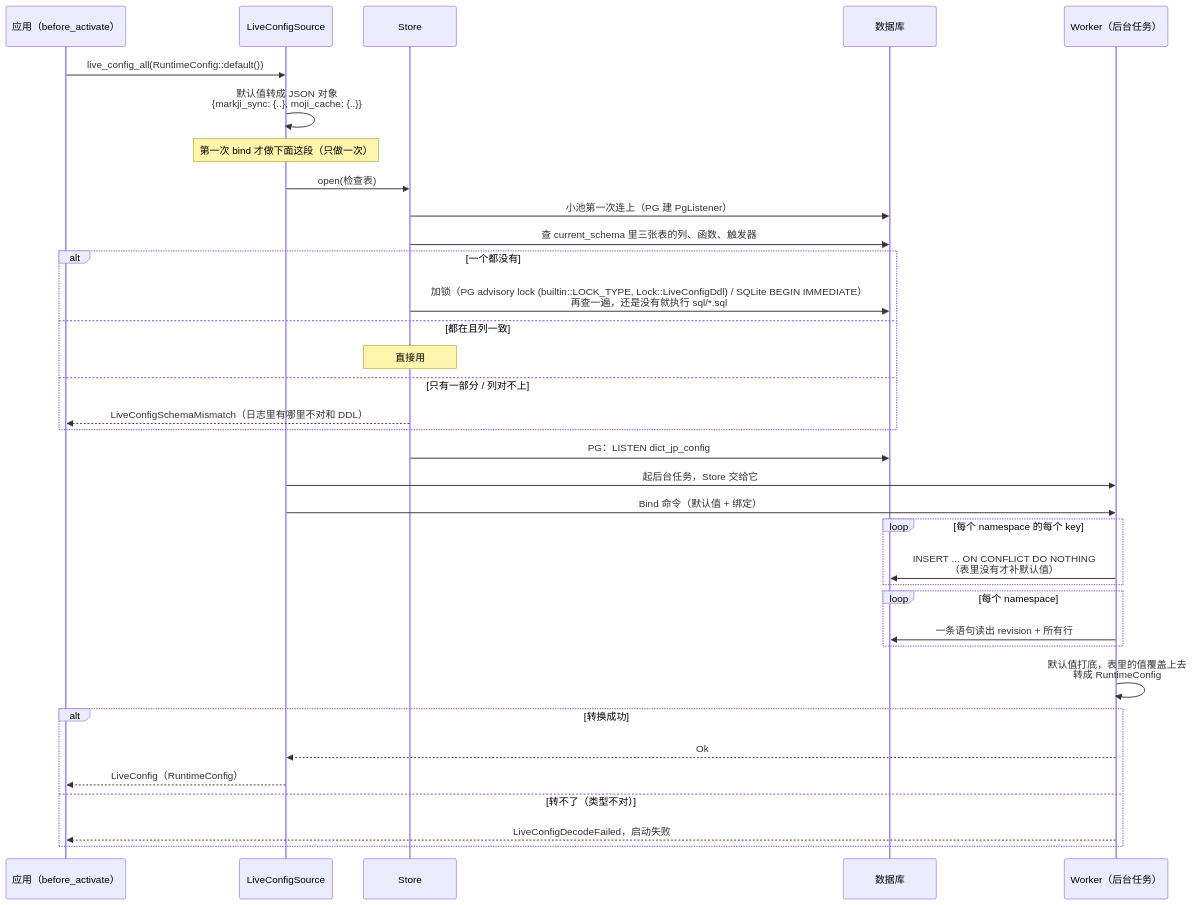
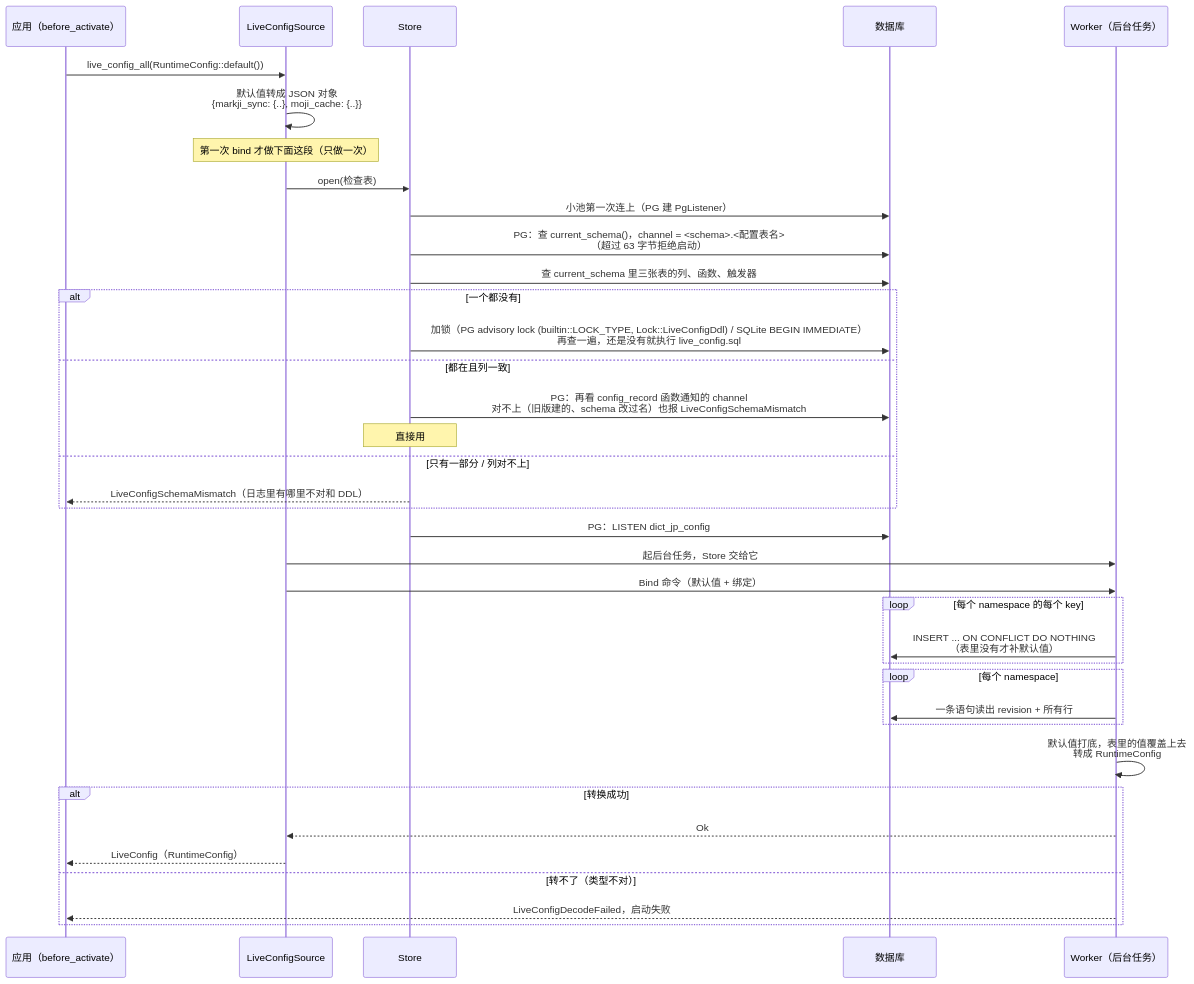
The third of 7 diagrams in docs/design/live-config.md (tpxxwz/hygiea), drawn with Mermaid before and after one commit. The commit also changed other lines of this file and 86 other files, not shown here.

````diff
--- a/docs/design/live-config.md
+++ b/docs/design/live-config.md
@@ -157,38 +172,40 @@
 ```mermaid
 sequenceDiagram
     participant App as 应用（before_activate）
     participant Src as LiveConfigSource
     participant St as Store
     participant DB as 数据库
     participant W as Worker（后台任务）
 
     App->>Src: live_config_all(RuntimeConfig::default())
     Src->>Src: 默认值转成 JSON 对象<br/>{markji_sync: {..}, moji_cache: {..}}
     Note over Src: 第一次 bind 才做下面这段（只做一次）
     Src->>St: open(检查表)
     St->>DB: 小池第一次连上（PG 建 PgListener）
+    St->>DB: PG：查 current_schema()，channel = <schema>.<配置表名><br/>（超过 63 字节拒绝启动）
     St->>DB: 查 current_schema 里三张表的列、函数、触发器
     alt 一个都没有
-        St->>DB: 加锁（PG advisory lock (builtin::LOCK_TYPE, Lock::LiveConfigDdl) / SQLite BEGIN IMMEDIATE）<br/>再查一遍，还是没有就执行 sql/*.sql
+        St->>DB: 加锁（PG advisory lock (builtin::LOCK_TYPE, Lock::LiveConfigDdl) / SQLite BEGIN IMMEDIATE）<br/>再查一遍，还是没有就执行 live_config.sql
     else 都在且列一致
+        St->>DB: PG：再看 config_record 函数通知的 channel<br/>对不上（旧版建的、schema 改过名）也报 LiveConfigSchemaMismatch
         Note over St: 直接用
     else 只有一部分 / 列对不上
         St-->>App: LiveConfigSchemaMismatch（日志里有哪里不对和 DDL）
     end
     St->>DB: PG：LISTEN dict_jp_config
     Src->>W: 起后台任务，Store 交给它
     Src->>W: Bind 命令（默认值 + 绑定）
     loop 每个 namespace 的每个 key
         W->>DB: INSERT ... ON CONFLICT DO NOTHING<br/>（表里没有才补默认值）
     end
     loop 每个 namespace
         W->>DB: 一条语句读出 revision + 所有行
     end
     W->>W: 默认值打底，表里的值覆盖上去<br/>转成 RuntimeConfig
     alt 转换成功
         W-->>Src: Ok
         Src-->>App: LiveConfig（RuntimeConfig）
     else 转不了（类型不对）
         W-->>App: LiveConfigDecodeFailed，启动失败
     end
 ```
````
